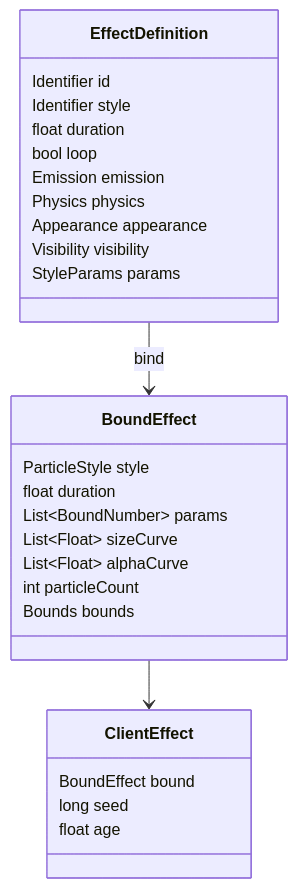
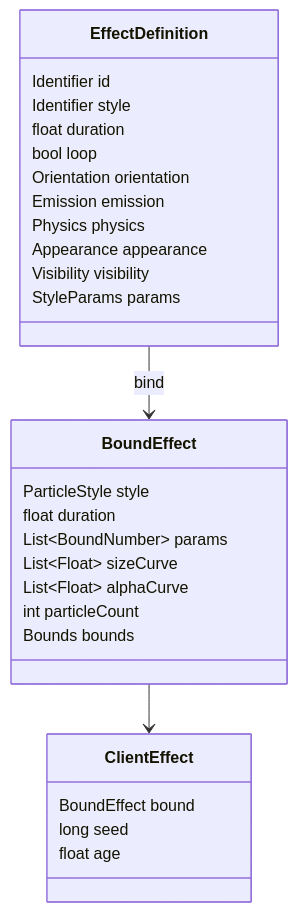
One commit to Cookie499/AstrorbitsParticle changed the second of 4 diagrams in docs/架构设计.md. Above: the diagram before and after it, drawn with Mermaid. The commit also changed other lines of this file and 12 other files, not shown here.

````diff
--- a/docs/架构设计.md
+++ b/docs/架构设计.md
@@ -99,30 +99,31 @@
 ```mermaid
 classDiagram
   class EffectDefinition {
     Identifier id
     Identifier style
     float duration
     bool loop
+    Orientation orientation
     Emission emission
     Physics physics
     Appearance appearance
     Visibility visibility
     StyleParams params
   }
   class BoundEffect {
     ParticleStyle style
     float duration
     List~BoundNumber~ params
     List~Float~ sizeCurve
     List~Float~ alphaCurve
     int particleCount
     Bounds bounds
   }
   class ClientEffect {
     BoundEffect bound
     long seed
     float age
   }
   EffectDefinition --> BoundEffect : bind
   BoundEffect --> ClientEffect
 ```
````
